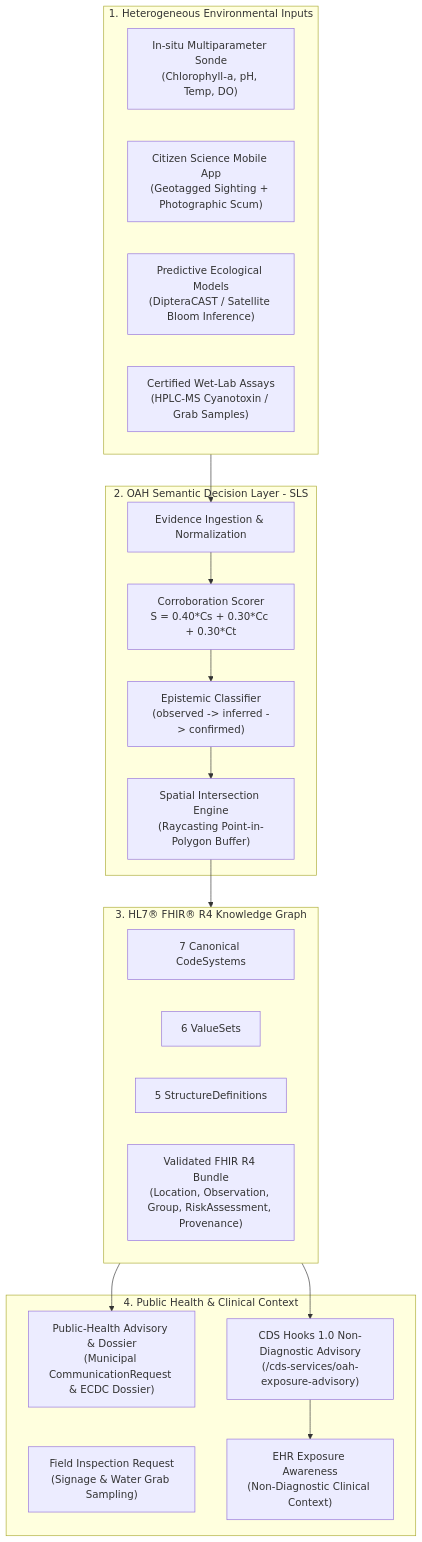
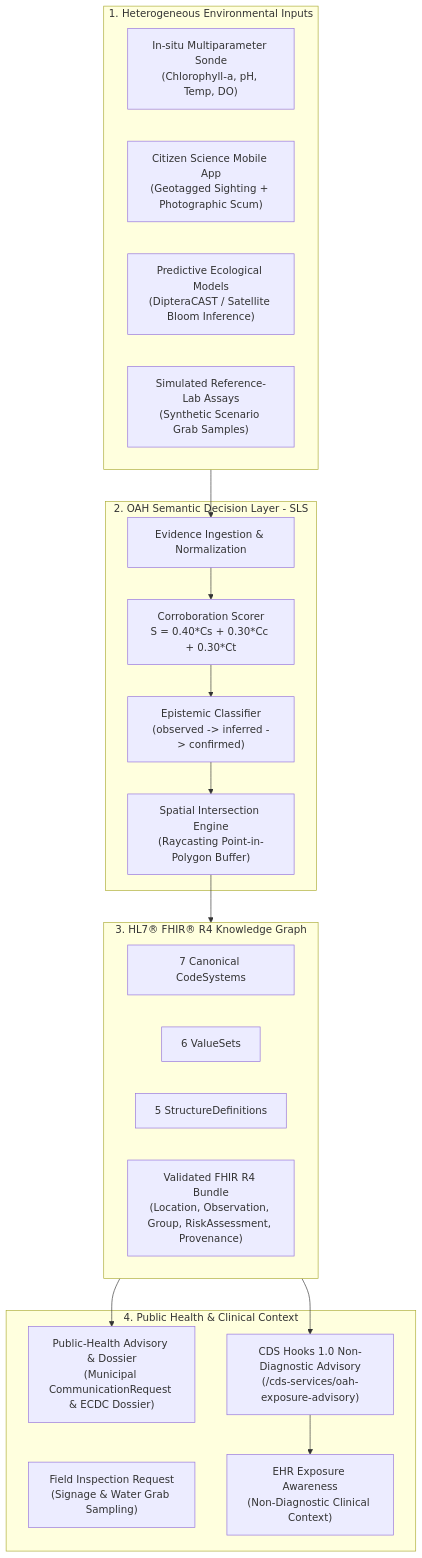
One commit to rasmiya06/OneAquaHealth-Bridge changed the diagram in README.md. Above: the diagram before and after it, drawn with Mermaid. The commit also changed other lines of this file and 6 other files, not shown here.

Commit message:
fix: dynamically compute evidence sub-scores, update conformance assertions naming, and align architecture workflow

````diff
--- a/README.md
+++ b/README.md
@@ -34,37 +34,37 @@
 ```mermaid
 flowchart TD
     subgraph HeterogeneousInputs [1. Heterogeneous Environmental Inputs]
         Sensors["In-situ Multiparameter Sonde<br/>(Chlorophyll-a, pH, Temp, DO)"]
         Citizen["Citizen Science Mobile App<br/>(Geotagged Sighting + Photographic Scum)"]
         Models["Predictive Ecological Models<br/>(DipteraCAST / Satellite Bloom Inference)"]
-        Labs["Certified Wet-Lab Assays<br/>(HPLC-MS Cyanotoxin / Grab Samples)"]
+        Labs["Simulated Reference-Lab Assays<br/>(Synthetic Scenario Grab Samples)"]
     end
 
     subgraph DecisionEngine [2. OAH Semantic Decision Layer - SLS]
         Ingest["Evidence Ingestion & Normalization"]
         Score["Corroboration Scorer<br/>S = 0.40*Cs + 0.30*Cc + 0.30*Ct"]
         Epistemic["Epistemic Classifier<br/>(observed -> inferred -> confirmed)"]
         Spatial["Spatial Intersection Engine<br/>(Raycasting Point-in-Polygon Buffer)"]
     end
 
     subgraph FHIRSuite [3. HL7® FHIR® R4 Knowledge Graph]
         CS["7 Canonical CodeSystems"]
         VS["6 ValueSets"]
         SD["5 StructureDefinitions"]
         Bundle["Validated FHIR R4 Bundle<br/>(Location, Observation, Group, RiskAssessment, Provenance)"]
     end
 
     subgraph ActionWorkflows [4. Public Health & Clinical Context]
         PublicHealth["Public-Health Advisory & Dossier<br/>(Municipal CommunicationRequest & ECDC Dossier)"]
         Inspection["Field Inspection Request<br/>(Signage & Water Grab Sampling)"]
         CDSHooks["CDS Hooks 1.0 Non-Diagnostic Advisory<br/>(/cds-services/oah-exposure-advisory)"]
         EHR["EHR Exposure Awareness<br/>(Non-Diagnostic Clinical Context)"]
     end
 
     HeterogeneousInputs --> Ingest
     Ingest --> Score --> Epistemic --> Spatial
     Spatial --> FHIRSuite
     FHIRSuite --> CDSHooks
     CDSHooks --> EHR
     FHIRSuite --> PublicHealth
 ```
````
